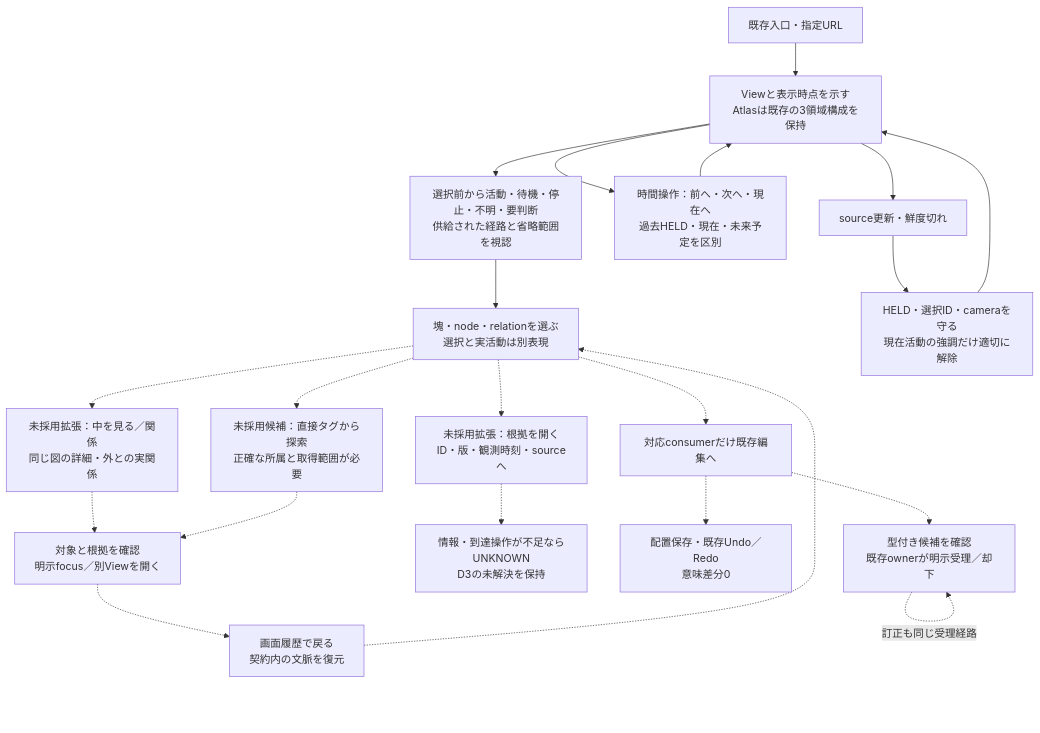
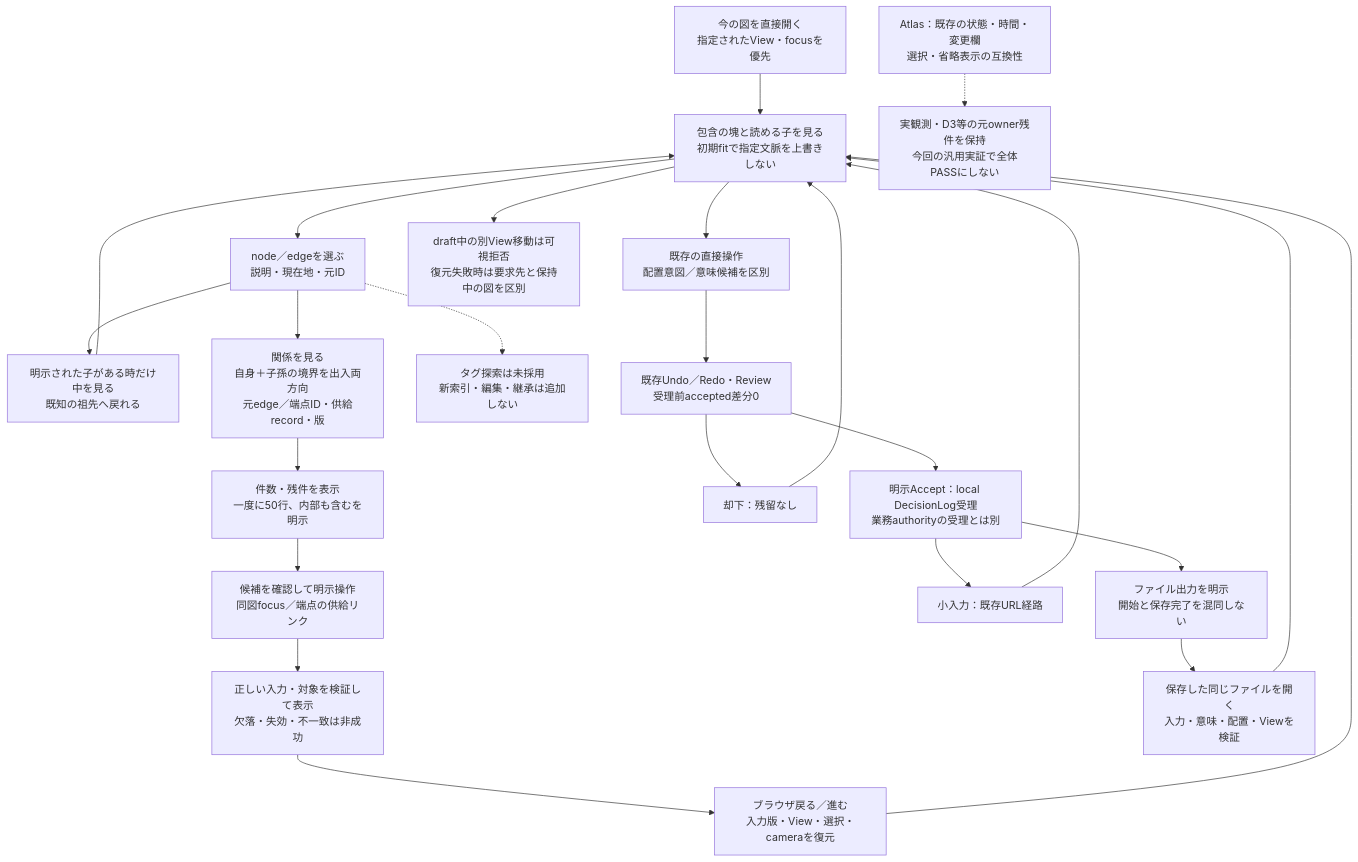
Before and after one commit to roccho-dev/ui: the first of 2 diagrams in docs/proposals/semantic-map-ux-verification-closure-345-397.md, drawn with Mermaid. The commit also changed other lines of this file, not shown here.

````diff
--- a/docs/proposals/semantic-map-ux-verification-closure-345-397.md
+++ b/docs/proposals/semantic-map-ux-verification-closure-345-397.md
@@ -92,23 +94,26 @@
 ```mermaid
 flowchart TD
-    A["既存入口・指定URL"] --> B["Viewと表示時点を示す<br/>Atlasは既存の3領域構成を保持"]
-    B --> C["選択前から活動・待機・停止・不明・要判断<br/>供給された経路と省略範囲を視認"]
-    C --> S["塊・node・relationを選ぶ<br/>選択と実活動は別表現"]
-    B --> T["時間操作：前へ・次へ・現在へ<br/>過去HELD・現在・未来予定を区別"]
-    T --> B
-    B --> U["source更新・鮮度切れ"]
-    U --> V["HELD・選択ID・cameraを守る<br/>現在活動の強調だけ適切に解除"]
-    V --> B
-    S -.-> D["未採用拡張：中を見る／関係<br/>同じ図の詳細・外との実関係"]
-    D -.-> N["対象と根拠を確認<br/>明示focus／別Viewを開く"]
-    N -.-> H["画面履歴で戻る<br/>契約内の文脈を復元"]
-    H -.-> S
-    S -.-> E["未採用拡張：根拠を開く<br/>ID・版・観測時刻・sourceへ"]
-    E -.-> X["情報・到達操作が不足ならUNKNOWN<br/>D3の未解決を保持"]
-    S -.-> TAG["未採用候補：直接タグから探索<br/>正確な所属と取得範囲が必要"]
-    TAG -.-> N
-    S -.-> EDIT["対応consumerだけ既存編集へ"]
-    EDIT -.-> L["配置保存・既存Undo／Redo<br/>意味差分0"]
-    EDIT -.-> K["型付き候補を確認<br/>既存ownerが明示受理／却下"]
-    K -.->|訂正も同じ受理経路| K
+    IN["今の図を直接開く<br/>指定されたView・focusを優先"] --> VIEW["包含の塊と読める子を見る<br/>初期fitで指定文脈を上書きしない"]
+    VIEW --> SEL["node／edgeを選ぶ<br/>説明・現在地・元ID"]
+    SEL --> INSIDE["明示された子がある時だけ中を見る<br/>既知の祖先へ戻れる"]
+    INSIDE --> VIEW
+    SEL --> REL["関係を見る<br/>自身＋子孫の境界を出入両方向<br/>元edge／端点ID・供給record・版"]
+    REL --> PAGE["件数・残件を表示<br/>一度に50行、内部も含むを明示"]
+    PAGE --> PREVIEW["候補を確認して明示操作<br/>同図focus／端点の供給リンク"]
+    PREVIEW --> TARGET["正しい入力・対象を検証して表示<br/>欠落・失効・不一致は非成功"]
+    TARGET --> BACK["ブラウザ戻る／進む<br/>入力版・View・選択・cameraを復元"]
+    BACK --> VIEW
+    SEL -.-> TAG["タグ探索は未採用<br/>新索引・編集・継承は追加しない"]
+    VIEW --> EDIT["既存の直接操作<br/>配置意図／意味候補を区別"]
+    EDIT --> DRAFT["既存Undo／Redo・Review<br/>受理前accepted差分0"]
+    DRAFT --> REJECT["却下：残留なし"]
+    REJECT --> VIEW
+    DRAFT --> ACCEPT["明示Accept：local DecisionLog受理<br/>業務authorityの受理とは別"]
+    ACCEPT --> SMALL["小入力：既存URL経路"]
+    ACCEPT --> FILE["ファイル出力を明示<br/>開始と保存完了を混同しない"]
+    FILE --> OPEN["保存した同じファイルを開く<br/>入力・意味・配置・Viewを検証"]
+    SMALL --> VIEW
+    OPEN --> VIEW
+    VIEW --> ERROR["draft中の別View移動は可視拒否<br/>復元失敗時は要求先と保持中の図を区別"]
+    ATLAS["Atlas：既存の状態・時間・変更欄<br/>選択・省略表示の互換性"] -.-> OWNER["実観測・D3等の元owner残件を保持<br/>今回の汎用実証で全体PASSにしない"]
 ```
````
